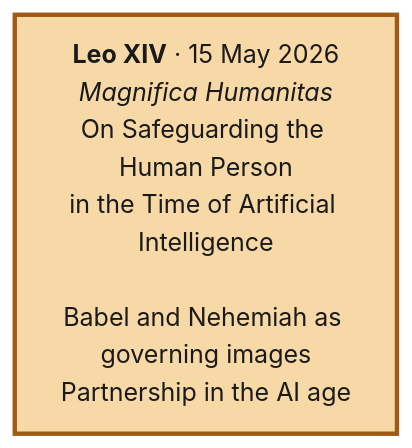
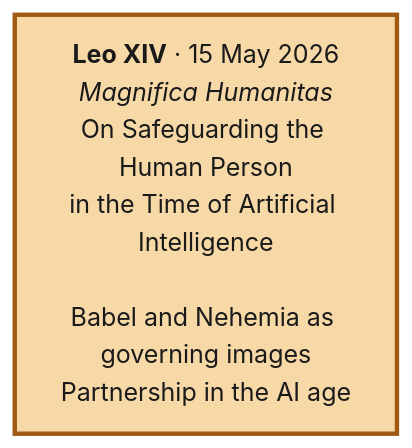
The fifth of 8 diagrams in _pages/lineage.md (Oranburg/LEP), drawn with Mermaid before and after one commit. The commit also changed other lines of this file and 5 other files, not shown here.

```diff
--- a/_pages/lineage.md
+++ b/_pages/lineage.md
@@ -91,7 +107,8 @@
 <div class="mermaid" markdown="0">
 %%{init: {'theme':'neutral','flowchart':{'curve':'basis','nodeSpacing':50,'rankSpacing':60},'themeVariables':{'fontSize':'17px','fontFamily':'Georgia, serif'}}}%%
 flowchart LR
-  L14["<b>Leo XIV</b> · 15 May 2026<br/><i>Magnifica Humanitas</i><br/>On Safeguarding the Human Person<br/>in the Time of Artificial Intelligence<br/><br/>Babel and Nehemiah as governing images<br/>Partnership in the AI age"]
+  L14["<b>Leo XIV</b> · 15 May 2026<br/><i>Magnifica Humanitas</i><br/>On Safeguarding the Human Person<br/>in the Time of Artificial Intelligence<br/><br/>Babel and Nehemia as governing images<br/>Partnership in the AI age"]
   classDef present fill:#f7d9a8,stroke:#a05a14,stroke-width:3px,color:#1a1a1a;
   class L14 present;
+  click L14 call openFig("leo-xiv-magnifica-humanitas")
 </div>
```
